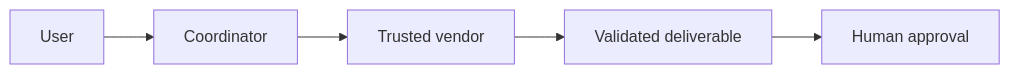
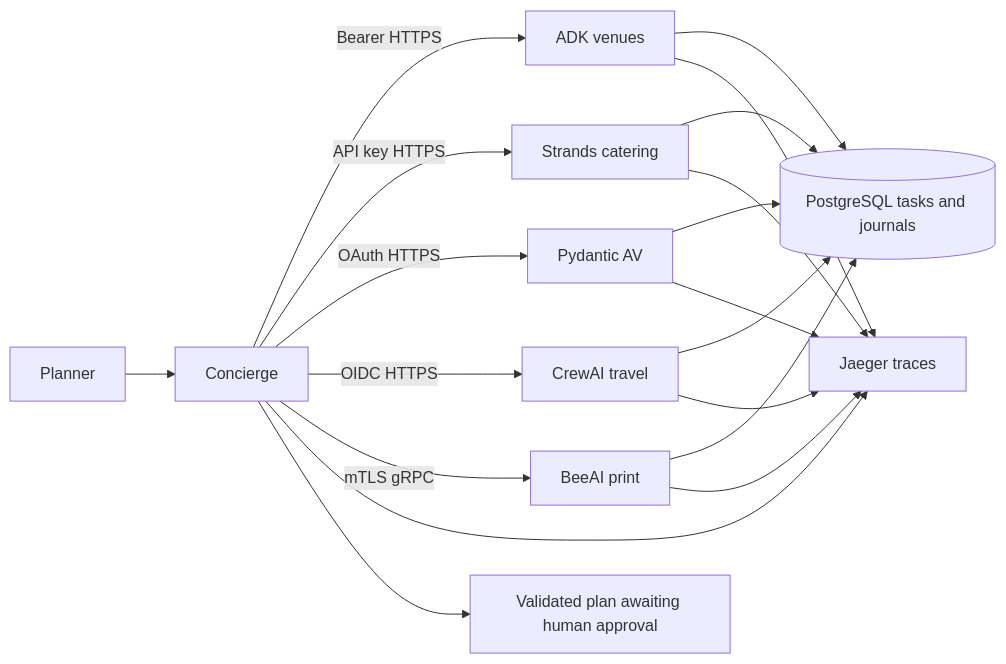
The diagram in capstones/04_concierge/README.md (anandtopu/getting_started_with_Agent2AgentProtocol), drawn with Mermaid before and after one commit. The commit also changed other lines of this file and 200 other files, not shown here.

```diff
--- a/capstones/04_concierge/README.md
+++ b/capstones/04_concierge/README.md
@@ -29,7 +14,12 @@
 ~~~mermaid
 flowchart LR
-    U[User] --> C[Coordinator]
-    C --> V[Trusted vendor]
-    V --> D[Validated deliverable]
-    D --> A[Human approval]
+    U[Planner] --> C[Concierge]
+    C -->|Bearer HTTPS| V[ADK venues]
+    C -->|API key HTTPS| S[Strands catering]
+    C -->|OAuth HTTPS| A[Pydantic AV]
+    C -->|OIDC HTTPS| T[CrewAI travel]
+    C -->|mTLS gRPC| P[BeeAI print]
+    V & S & A & T & P --> D[(PostgreSQL tasks and journals)]
+    C & V & S & A & T & P --> J[Jaeger traces]
+    C --> R[Validated plan awaiting human approval]
 ~~~
```
